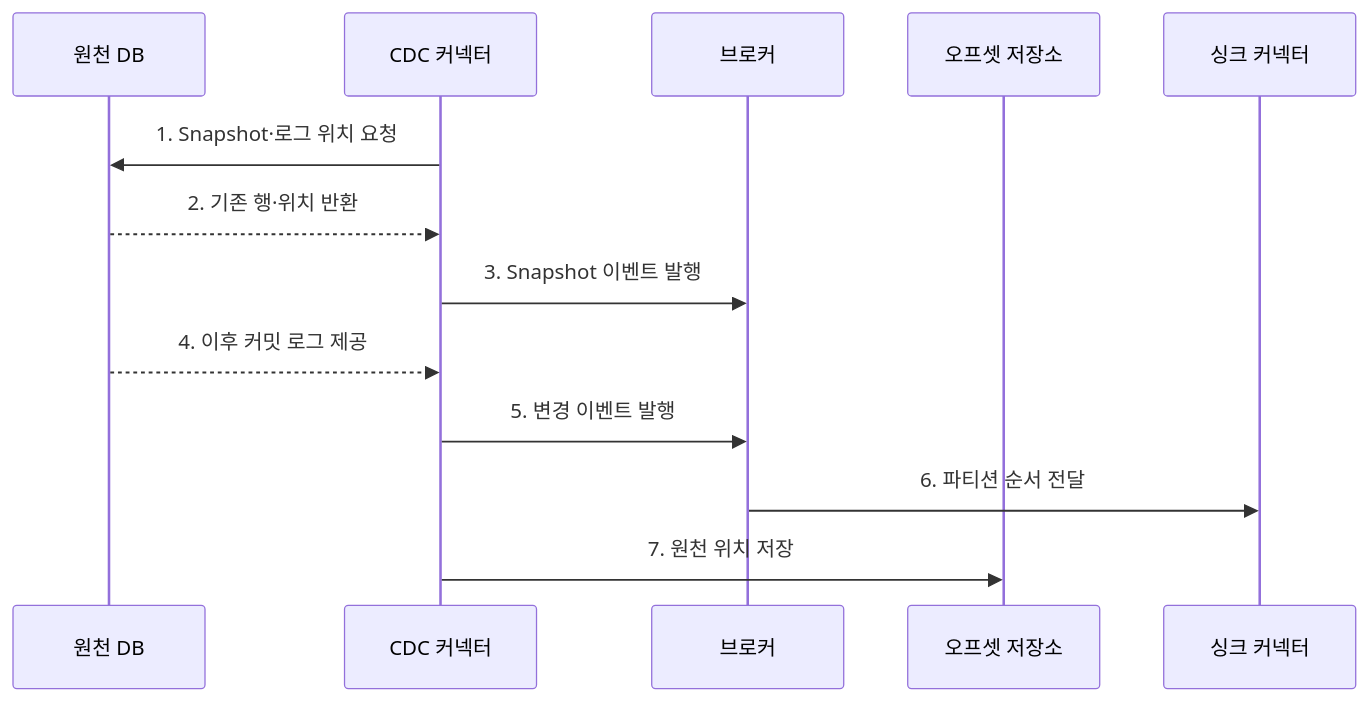
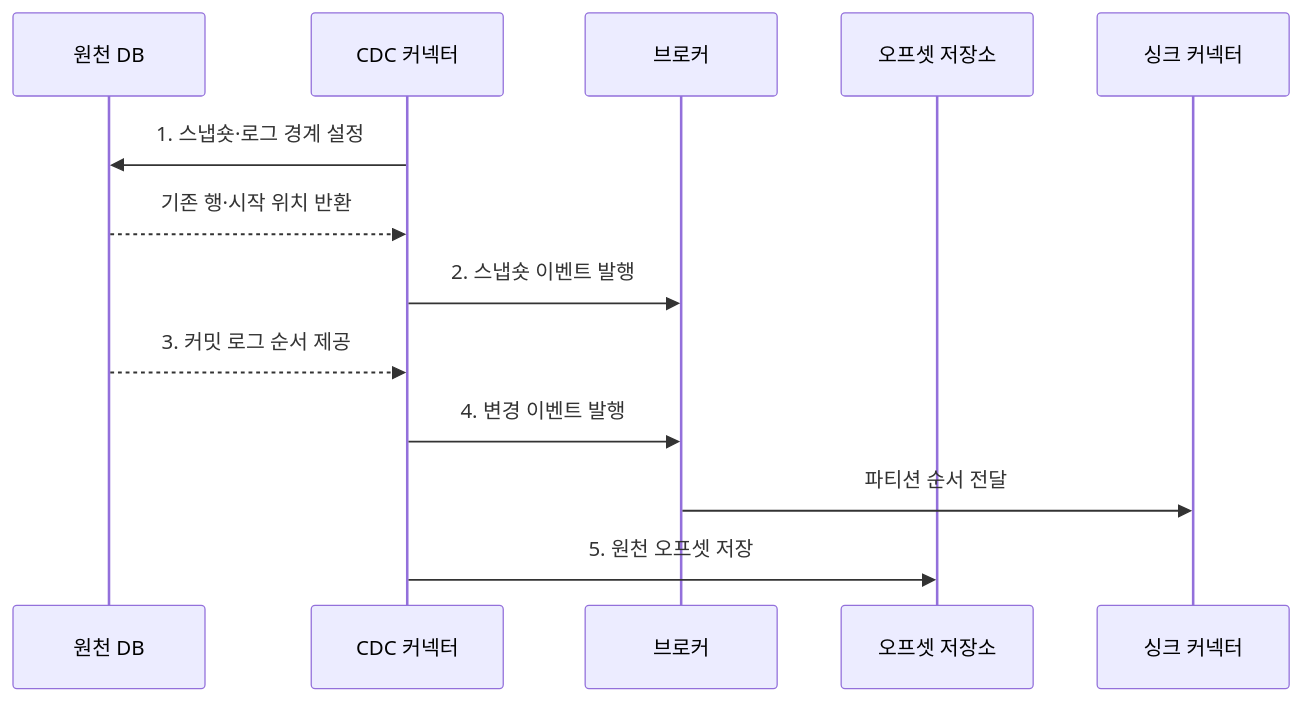
The second of 2 diagrams in src/content/docs/notes/03-software/123_change_data_capture.md (agnusdei1207/knowledge-base), drawn with Mermaid before and after one commit. The commit also changed other lines of this file and 238 other files, not shown here.

````diff
--- a/src/content/docs/notes/03-software/123_change_data_capture.md
+++ b/src/content/docs/notes/03-software/123_change_data_capture.md
@@ -83,15 +83,15 @@
 ```mermaid
 sequenceDiagram
     participant D as 원천 DB
     participant C as CDC 커넥터
     participant B as 브로커
     participant O as 오프셋 저장소
     participant S as 싱크 커넥터
-    C->>D: 1. Snapshot·로그 위치 요청
-    D-->>C: 2. 기존 행·위치 반환
-    C->>B: 3. Snapshot 이벤트 발행
-    D-->>C: 4. 이후 커밋 로그 제공
-    C->>B: 5. 변경 이벤트 발행
-    B->>S: 6. 파티션 순서 전달
-    C->>O: 7. 원천 위치 저장
+    C->>D: 1. 스냅숏·로그 경계 설정
+    D-->>C: 기존 행·시작 위치 반환
+    C->>B: 2. 스냅숏 이벤트 발행
+    D-->>C: 3. 커밋 로그 순서 제공
+    C->>B: 4. 변경 이벤트 발행
+    B->>S: 파티션 순서 전달
+    C->>O: 5. 원천 오프셋 저장
 ```
````
